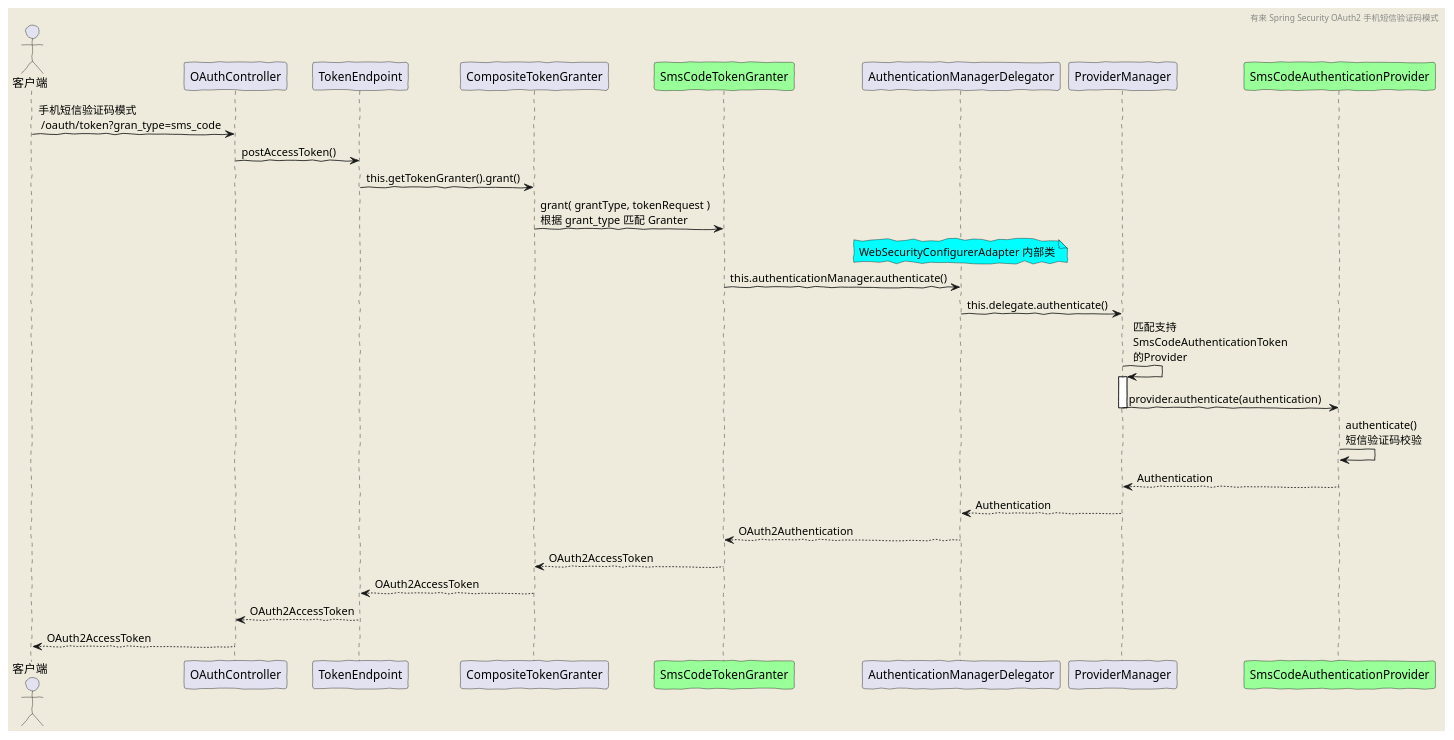
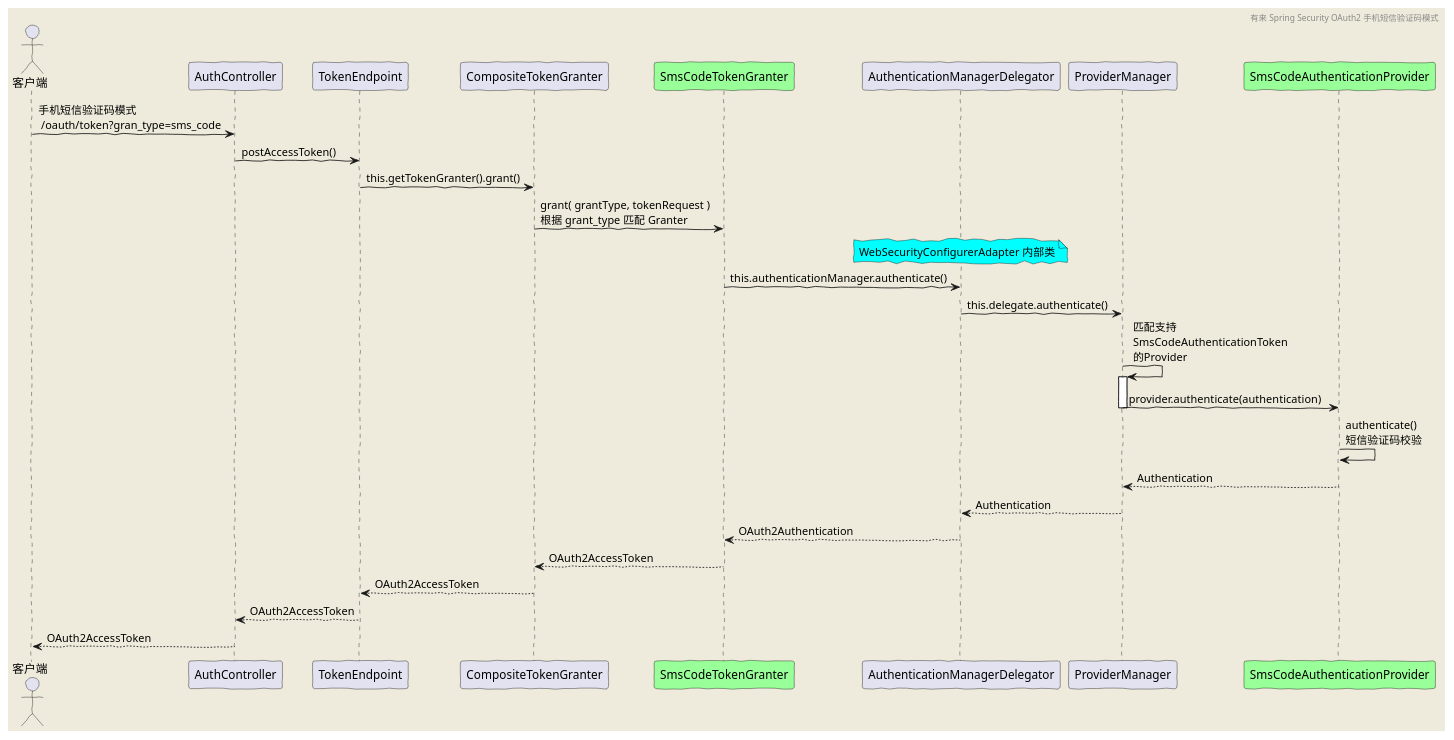
Before and after one commit to youlaitech/youlai-mall: the diagram in doc/diagram/oauth2/sms_code.puml, drawn with PlantUML. The commit also changed other lines of this file and 6 other files, not shown here.

```diff
--- a/doc/diagram/oauth2/sms_code.puml
+++ b/doc/diagram/oauth2/sms_code.puml
@@ -2,36 +2,36 @@
 @startuml
 'https://plantuml.com/sequence-diagram
 skinparam backgroundColor #EEEBDC
 skinparam handwritten true
 
 header 有来 Spring Security OAuth2 手机短信验证码模式
 
 actor 客户端
 
 
-客户端 -> OAuthController: 手机短信验证码模式 \n /oauth/token?gran_type=sms_code
-OAuthController -> TokenEndpoint: postAccessToken()
+客户端 -> AuthController: 手机短信验证码模式 \n /oauth/token?gran_type=sms_code
+AuthController -> TokenEndpoint: postAccessToken()
 TokenEndpoint -> CompositeTokenGranter: this.getTokenGranter().grant()
 participant SmsCodeTokenGranter #99FF99
 CompositeTokenGranter->SmsCodeTokenGranter: grant( grantType, tokenRequest )\n根据 grant_type 匹配 Granter
 note over of AuthenticationManagerDelegator #aqua
 WebSecurityConfigurerAdapter 内部类
 end note
 SmsCodeTokenGranter-> AuthenticationManagerDelegator:this.authenticationManager.authenticate()
 AuthenticationManagerDelegator -> ProviderManager: this.delegate.authenticate()
 ProviderManager -> ProviderManager: 匹配支持\nSmsCodeAuthenticationToken\n的Provider
 
 activate ProviderManager
 participant SmsCodeAuthenticationProvider #99FF99
 ProviderManager -> SmsCodeAuthenticationProvider: provider.authenticate(authentication)
 deactivate ProviderManager
 
 SmsCodeAuthenticationProvider -> SmsCodeAuthenticationProvider:authenticate()\n短信验证码校验
 ProviderManager <-- SmsCodeAuthenticationProvider: Authentication
 AuthenticationManagerDelegator <-- ProviderManager: Authentication
 SmsCodeTokenGranter <-- AuthenticationManagerDelegator: OAuth2Authentication
 CompositeTokenGranter <-- SmsCodeTokenGranter: OAuth2AccessToken
 TokenEndpoint <-- CompositeTokenGranter:OAuth2AccessToken
-OAuthController <-- TokenEndpoint:OAuth2AccessToken
-客户端 <-- OAuthController: OAuth2AccessToken
+AuthController <-- TokenEndpoint:OAuth2AccessToken
+客户端 <-- AuthController: OAuth2AccessToken
 @enduml
```
